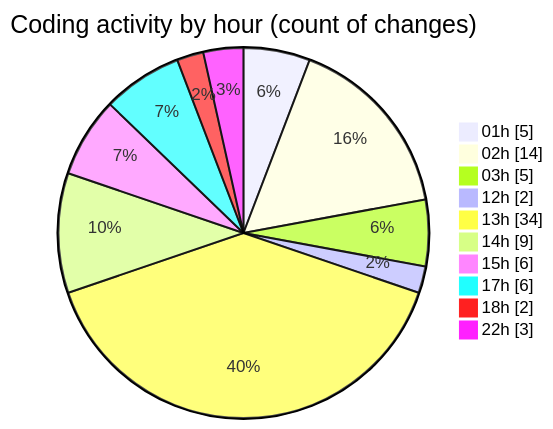
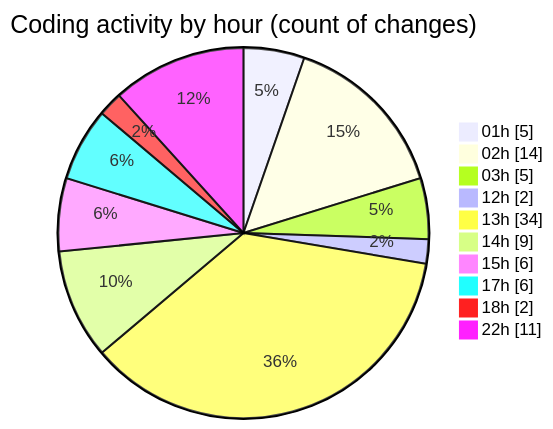
The second of 2 diagrams in 2025-10-23/eventscop-frontend-guide__workspace_/README.md (julien-gomy/code-tracking), drawn with Mermaid before and after one commit. The commit also changed other lines of this file and 1 other file, not shown here.

````diff
--- a/2025-10-23/eventscop-frontend-guide__workspace_/README.md
+++ b/2025-10-23/eventscop-frontend-guide__workspace_/README.md
@@ -49,14 +50,14 @@
 ```mermaid
 pie showData
 title Coding activity by hour (count of changes)
 "01h" : 5
 "02h" : 14
 "03h" : 5
 "12h" : 2
 "13h" : 34
 "14h" : 9
 "15h" : 6
 "17h" : 6
 "18h" : 2
-"22h" : 3
+"22h" : 11
 ```
````
